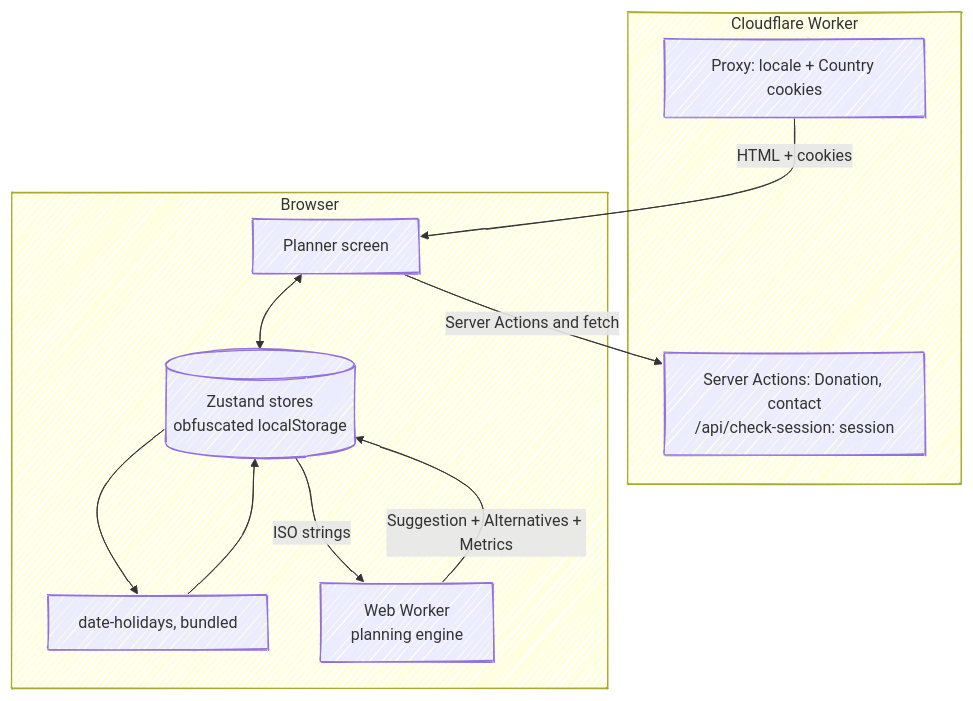
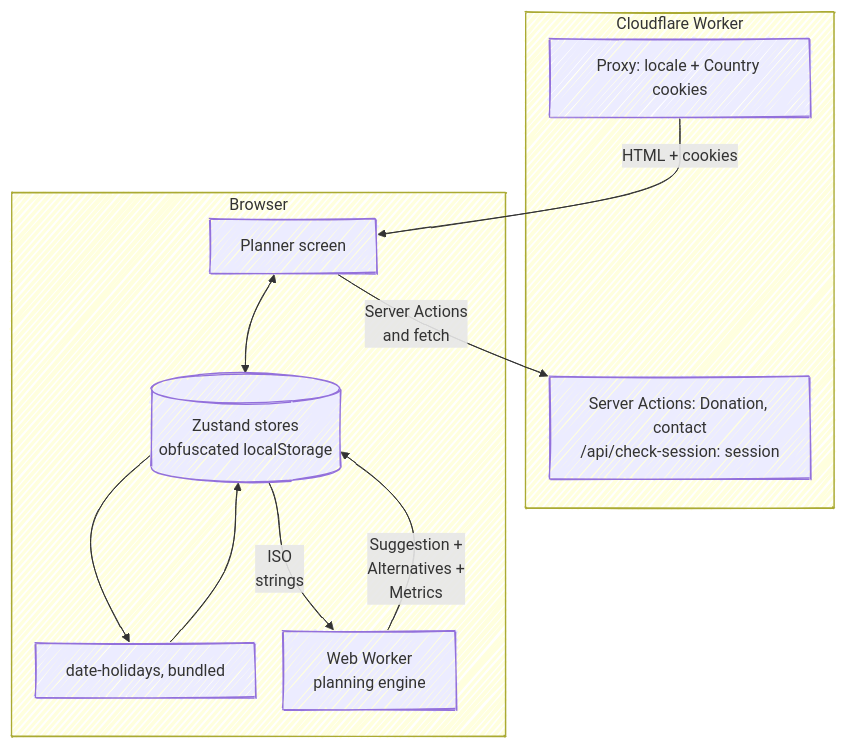
Before and after one commit to fbuireu/forever-pto: the diagram in apps/docs/src/content/docs/index.mdx, drawn with Mermaid. The commit also changed 26 other files, not shown here.

First line of the commit message:
docs(diagrams): fix split words, overlaps and oversized Mermaid diagrams

````diff
--- a/apps/docs/src/content/docs/index.mdx
+++ b/apps/docs/src/content/docs/index.mdx
@@ -28,23 +28,26 @@
 ```mermaid
 ---
 config:
   look: handDrawn
   layout: dagre
+  flowchart:
+    nodeSpacing: 25
+    rankSpacing: 50
 ---
 flowchart TB
   subgraph edge [Cloudflare Worker]
     PX["Proxy: locale + Country cookies"]
     API["Server Actions: Donation, contact<br/>/api/check-session: session"]
   end
   subgraph browser [Browser]
     ST[(Zustand stores<br/>obfuscated localStorage)]
     HOL[date-holidays, bundled]
     UI[Planner screen]
     WK[Web Worker<br/>planning engine]
   end
   PX -->|HTML + cookies| UI
   UI <--> ST
   ST --> HOL --> ST
-  ST -->|ISO strings| WK -->|Suggestion + Alternatives + Metrics| ST
-  UI -->|Server Actions and fetch| API
+  ST -->|ISO<br/>strings| WK -->|Suggestion +<br/>Alternatives +<br/>Metrics| ST
+  UI -->|Server Actions<br/>and fetch| API
 ```
````
